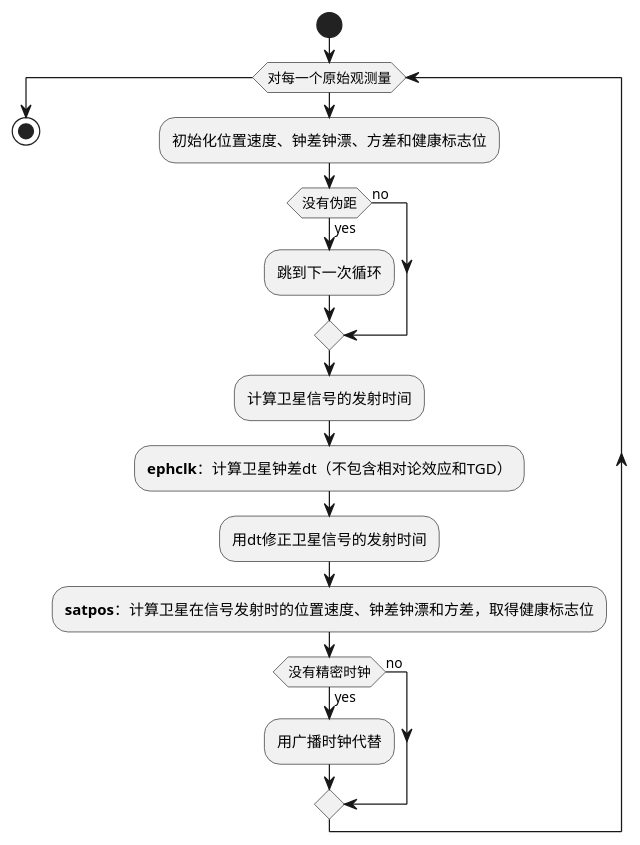
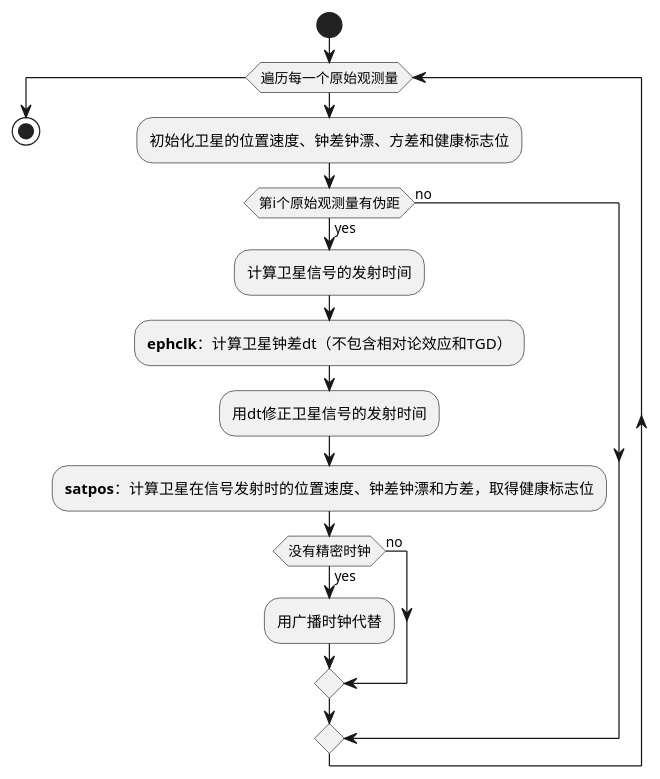
One commit to iGNSS/RTKLIB-trimmed changed the diagram in notes/satposs.md. Above: the diagram before and after it, drawn with PlantUML. The commit also changed other lines of this file and 2 other files, not shown here.

Commit message:
完善单点定位的文档

````diff
--- a/notes/satposs.md
+++ b/notes/satposs.md
@@ -456,25 +456,24 @@
 ```plantuml
 @startuml
 start
 
-while (对每一个原始观测量)
-    :初始化位置速度、钟差钟漂、方差和健康标志位;
+while (遍历每一个原始观测量)
+    :初始化卫星的位置速度、钟差钟漂、方差和健康标志位;
 
-    if (没有伪距) then (yes)
-        :跳到下一次循环;
-    else (no)
-    endif
-    :计算卫星信号的发射时间;
-    :**ephclk**：计算卫星钟差dt（不包含相对论效应和TGD）;
-    :用dt修正卫星信号的发射时间;
-    :**satpos**：计算卫星在信号发射时的位置速度、钟差钟漂和方差，取得健康标志位;
+        if (第i个原始观测量有伪距) then (yes)
+            :计算卫星信号的发射时间;
+            :**ephclk**：计算卫星钟差dt（不包含相对论效应和TGD）;
+            :用dt修正卫星信号的发射时间;
+            :**satpos**：计算卫星在信号发射时的位置速度、钟差钟漂和方差，取得健康标志位;
 
-    if (没有精密时钟) then (yes)
-        :用广播时钟代替;
-    else (no)
-    endif
+            if (没有精密时钟) then (yes)
+                :用广播时钟代替;
+            else (no)
+            endif
+        else (no)
+        endif
 endwhile
 
 stop
 @enduml
 ```
````
